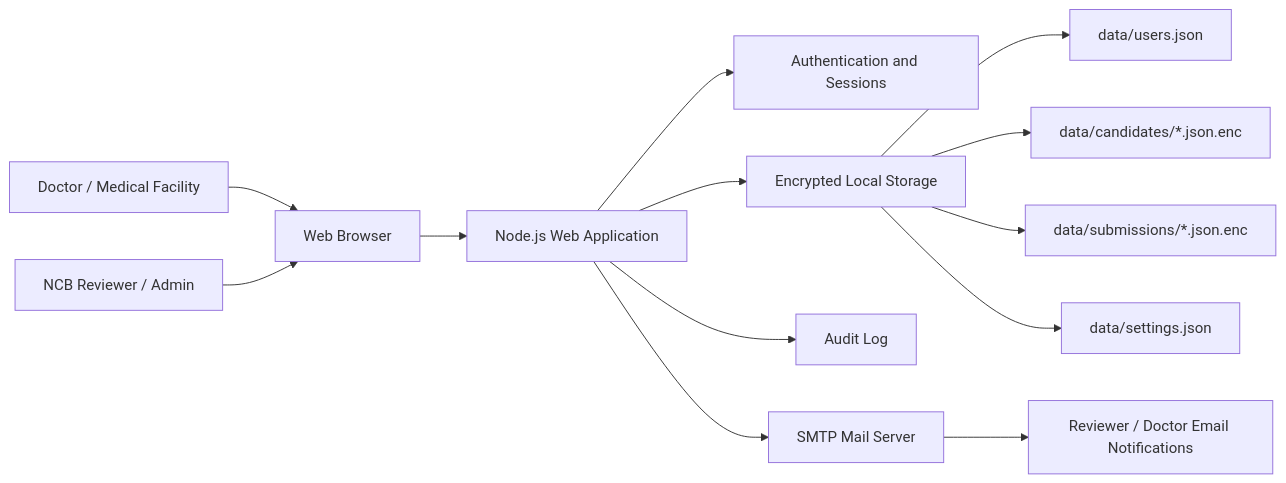
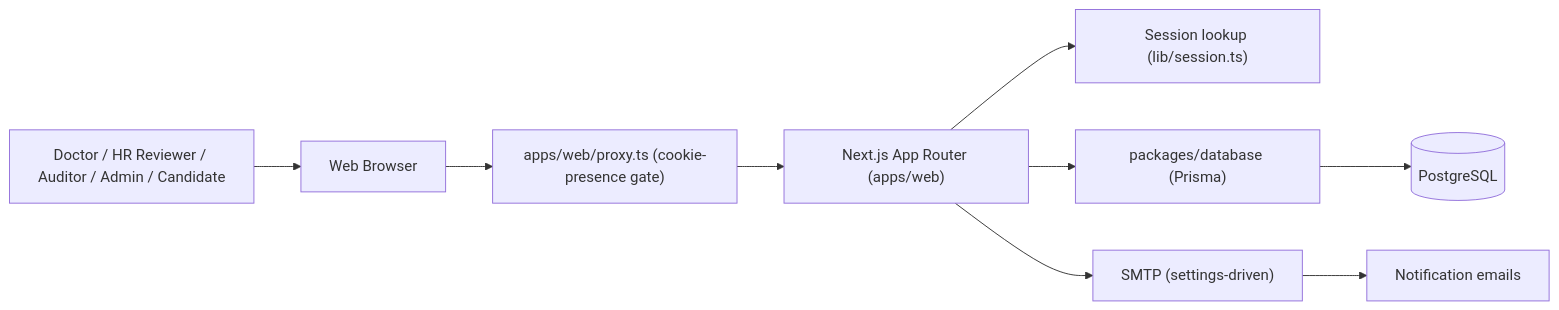
The diagram in ARCHITECTURE.md (rayturner377/NCB-New-Hire), drawn with Mermaid before and after one commit. The commit also changed other lines of this file and 9 other files, not shown here.

````diff
--- a/ARCHITECTURE.md
+++ b/ARCHITECTURE.md
@@ -39,15 +43,11 @@
 ```mermaid
 flowchart LR
-  Doctor["Doctor / Medical Facility"] --> Browser["Web Browser"]
-  Reviewer["NCB Reviewer / Admin"] --> Browser
-  Browser --> App["Node.js Web Application"]
-  App --> Auth["Authentication and Sessions"]
-  App --> Storage["Encrypted Local Storage"]
-  App --> Audit["Audit Log"]
-  App --> SMTP["SMTP Mail Server"]
-  Storage --> Users["data/users.json"]
-  Storage --> Candidates["data/candidates/*.json.enc"]
-  Storage --> Submissions["data/submissions/*.json.enc"]
-  Storage --> Settings["data/settings.json"]
-  SMTP --> Email["Reviewer / Doctor Email Notifications"]
+  User["Doctor / HR Reviewer / Auditor / Admin / Candidate"] --> Browser["Web Browser"]
+  Browser --> Proxy["apps/web/proxy.ts (cookie-presence gate)"]
+  Proxy --> Next["Next.js App Router (apps/web)"]
+  Next --> Session["Session lookup (lib/session.ts)"]
+  Next --> DB["packages/database (Prisma)"]
+  DB --> Postgres[("PostgreSQL")]
+  Next --> SMTP["SMTP (settings-driven)"]
+  SMTP --> Email["Notification emails"]
 ```
````
